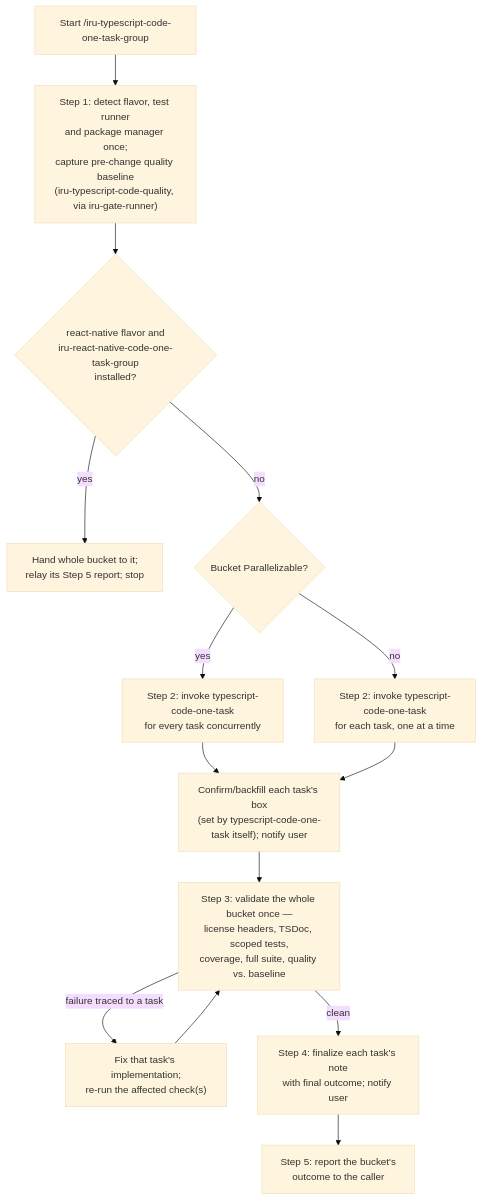
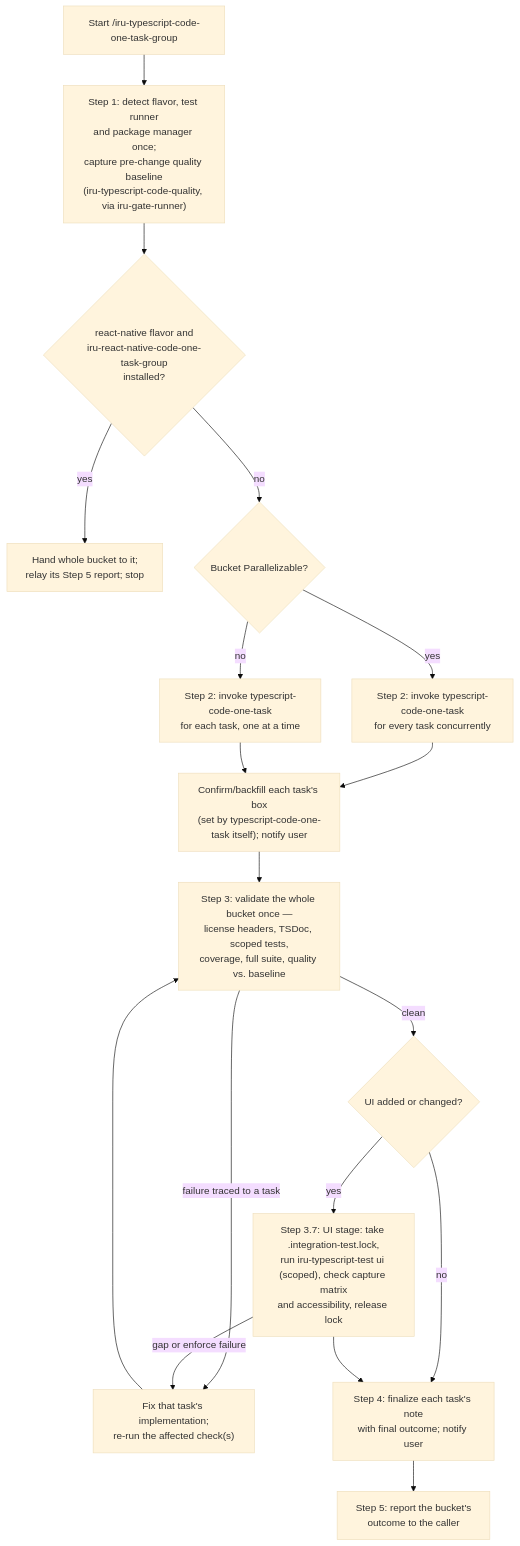
Before and after one commit to albertoirurueta/ai-catalog: the diagram in docs/modules/ROOT/pages/skills/iru-typescript-code-one-task-group.adoc, drawn with Mermaid (base theme). The commit also changed other lines of this file and 325 other files, not shown here.

```diff
--- a/docs/modules/ROOT/pages/skills/iru-typescript-code-one-task-group.adoc
+++ b/docs/modules/ROOT/pages/skills/iru-typescript-code-one-task-group.adoc
@@ -78,17 +81,21 @@
 [mermaid]
 ....
 flowchart TD
     A[Start /iru-typescript-code-one-task-group] --> B["Step 1: detect flavor, test runner\nand package manager once;\ncapture pre-change quality baseline\n(iru-typescript-code-quality, via iru-gate-runner)"]
     B --> RN{"react-native flavor and\niru-react-native-code-one-task-group\ninstalled?"}
     RN -- yes --> RN2["Hand whole bucket to it;\nrelay its Step 5 report; stop"]
     RN -- no --> C{Bucket Parallelizable?}
     C -- yes --> D["Step 2: invoke typescript-code-one-task\nfor every task concurrently"]
     C -- no --> E["Step 2: invoke typescript-code-one-task\nfor each task, one at a time"]
     D --> F["Confirm/backfill each task's box\n(set by typescript-code-one-task itself); notify user"]
     E --> F
     F --> G["Step 3: validate the whole bucket once —\nlicense headers, TSDoc, scoped tests,\ncoverage, full suite, quality vs. baseline"]
     G -- failure traced to a task --> H["Fix that task's implementation;\nre-run the affected check(s)"]
     H --> G
-    G -- clean --> I["Step 4: finalize each task's note\nwith final outcome; notify user"]
+    G -- clean --> U{"UI added or changed?"}
+    U -- no --> I
+    U -- yes --> U1["Step 3.7: UI stage: take .integration-test.lock,\nrun iru-typescript-test ui (scoped), check capture matrix\nand accessibility, release lock"]
+    U1 -- gap or enforce failure --> H
+    U1 --> I["Step 4: finalize each task's note\nwith final outcome; notify user"]
     I --> J["Step 5: report the bucket's\noutcome to the caller"]
 ....
```
